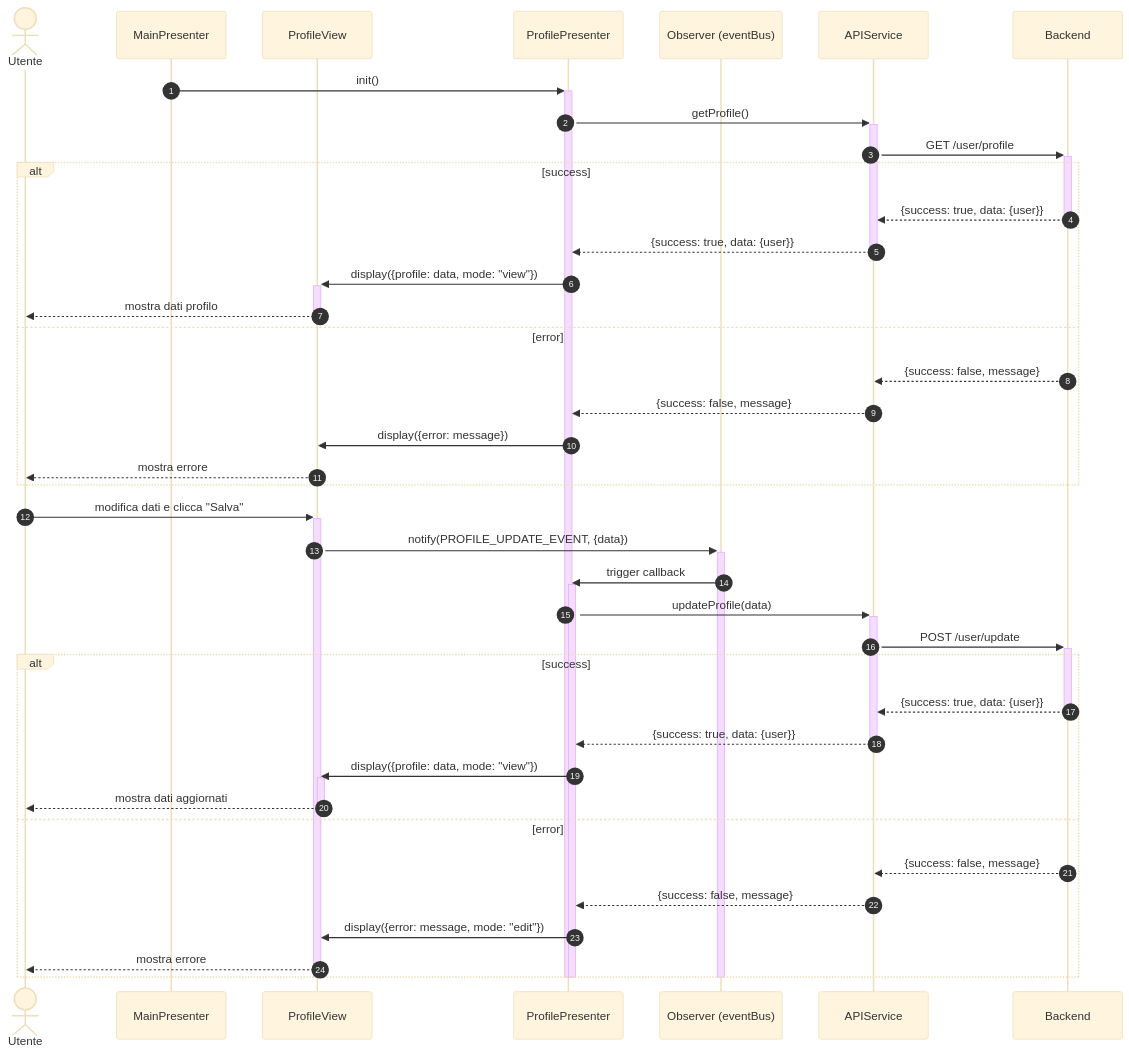
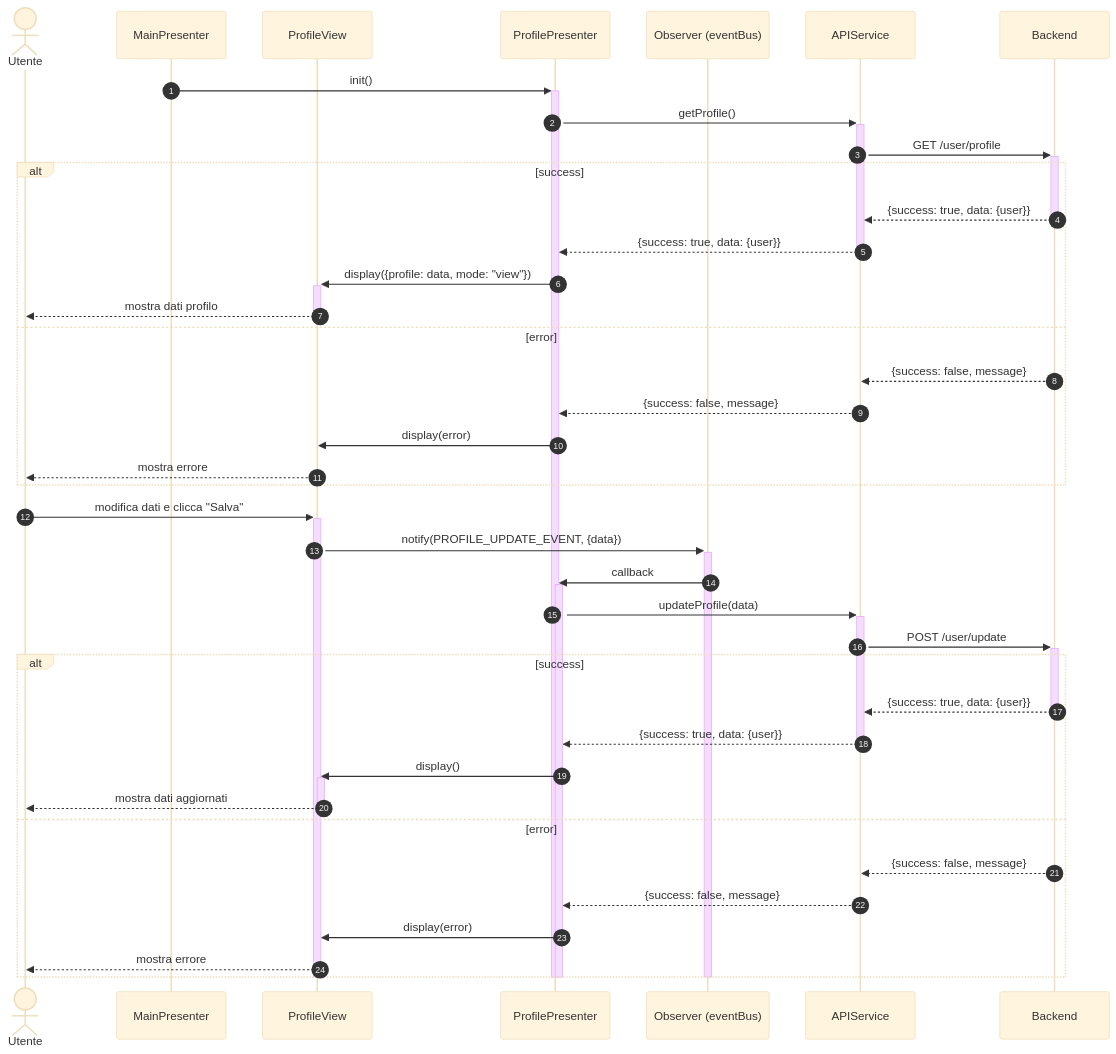
One commit to mb4dev/progetto-prova changed the sixth of 7 diagrams in documentazione/UC02.md. Above: the diagram before and after it, drawn with Mermaid (base theme). The commit also changed other lines of this file and 12 other files, not shown here.

````diff
--- a/documentazione/UC02.md
+++ b/documentazione/UC02.md
@@ -164,52 +166,52 @@
 ```mermaid
 sequenceDiagram
     autonumber
     
     actor user as Utente
     participant main as MainPresenter
     participant view as ProfileView
     participant presenter as ProfilePresenter
     participant bus as Observer (eventBus)
     participant api as APIService
     participant backend as Backend
 
     main ->>+ presenter: init()
     presenter ->>+ api: getProfile()
     api ->>+ backend: GET /user/profile
     
     alt success
         backend -->>- api: {success: true, data: {user}}
         api -->>- presenter: {success: true, data: {user}}
         presenter ->>+ view: display({profile: data, mode: "view"})
         view -->>- user: mostra dati profilo
     else error
         backend -->> api: {success: false, message}
         api -->> presenter: {success: false, message}
-        presenter ->> view: display({error: message})
+        presenter ->> view: display(error)
         view -->> user: mostra errore
     end
     
     user ->>+ view: modifica dati e clicca "Salva"
     view ->>+ bus: notify(PROFILE_UPDATE_EVENT, {data})
-    bus ->>+ presenter: trigger callback
+    bus ->>+ presenter: callback
     
     presenter ->>+ api: updateProfile(data)
     api ->>+ backend: POST /user/update
     
     alt success
         backend -->>- api: {success: true, data: {user}}
         api -->>- presenter: {success: true, data: {user}}
-        presenter ->>+ view: display({profile: data, mode: "view"})
+        presenter ->>+ view: display()
         view -->>- user: mostra dati aggiornati
     else error
         backend -->> api: {success: false, message}
         api -->> presenter: {success: false, message}
-        presenter ->> view: display({error: message, mode: "edit"})
+        presenter ->> view: display(error)
         view -->> user: mostra errore
     end
     
     deactivate presenter
     deactivate bus
     deactivate view
     deactivate presenter
 ```
````
